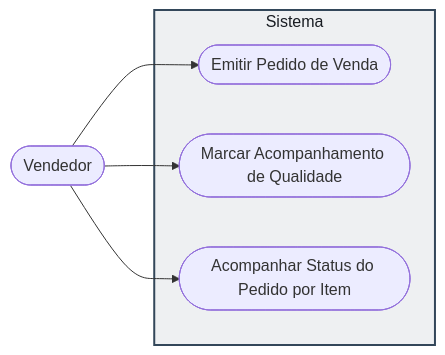
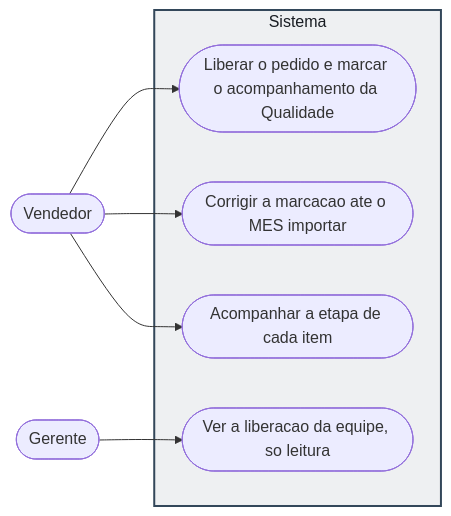
The sixth of 28 diagrams in 04-Arquitetura-Transversal/Diagramas-UML.md (Acosvital/vault-avhub-mer), drawn with Mermaid before and after one commit. The commit also changed other lines of this file and 3 other files, not shown here.

Commit message:
docs(vault): atualiza UML, fluxograma de telas, encaixe estoque/revenda e anexo 0003 do contrato 33

````diff
--- a/04-Arquitetura-Transversal/Diagramas-UML.md
+++ b/04-Arquitetura-Transversal/Diagramas-UML.md
@@ -709,14 +694,17 @@
 ```mermaid
 flowchart LR
     Vendedor(["Vendedor"])
+    Gerente(["Gerente"])
     subgraph SISTEMA[Sistema]
-        UC1([Emitir Pedido de Venda])
-        UC2([Marcar Acompanhamento de Qualidade])
-        UC3([Acompanhar Status do Pedido por Item])
+        UC1([Liberar o pedido e marcar o acompanhamento da Qualidade])
+        UC2([Corrigir a marcacao ate o MES importar])
+        UC3([Acompanhar a etapa de cada item])
+        UC4([Ver a liberacao da equipe, so leitura])
     end
     Vendedor --> UC1
     Vendedor --> UC2
     Vendedor --> UC3
+    Gerente --> UC4
 
     style SISTEMA fill:#eef0f2,stroke:#33475a,stroke-width:2px,color:#181c22
 ```
````
